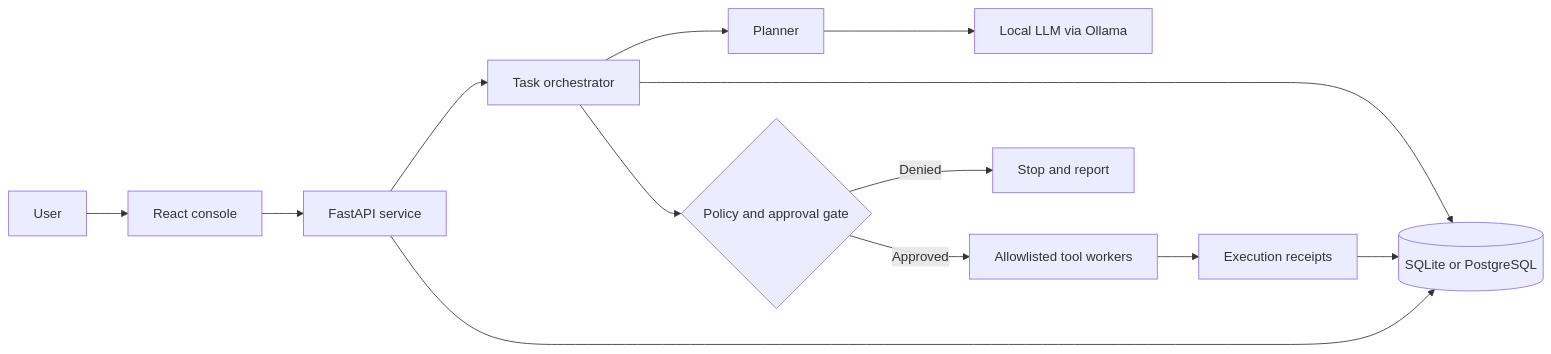
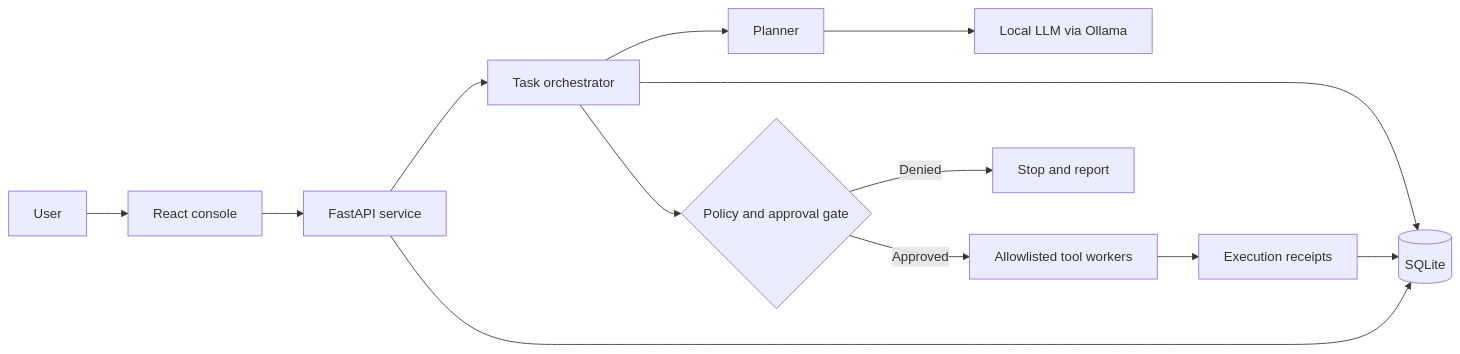
The diagram in README.md (Christopher-Doyle/NEXUS), drawn with Mermaid before and after one commit. The commit also changed other lines of this file and 11 other files, not shown here.

````diff
--- a/README.md
+++ b/README.md
@@ -65,15 +65,15 @@
 ```mermaid
 flowchart LR
     U[User] --> UI[React console]
     UI --> API[FastAPI service]
     API --> O[Task orchestrator]
     O --> P[Planner]
     P --> L[Local LLM via Ollama]
     O --> G{Policy and approval gate}
     G -->|Approved| T[Allowlisted tool workers]
     G -->|Denied| X[Stop and report]
     T --> R[Execution receipts]
-    O --> DB[(SQLite or PostgreSQL)]
+    O --> DB[(SQLite)]
     R --> DB
     API --> DB
 ```
````
